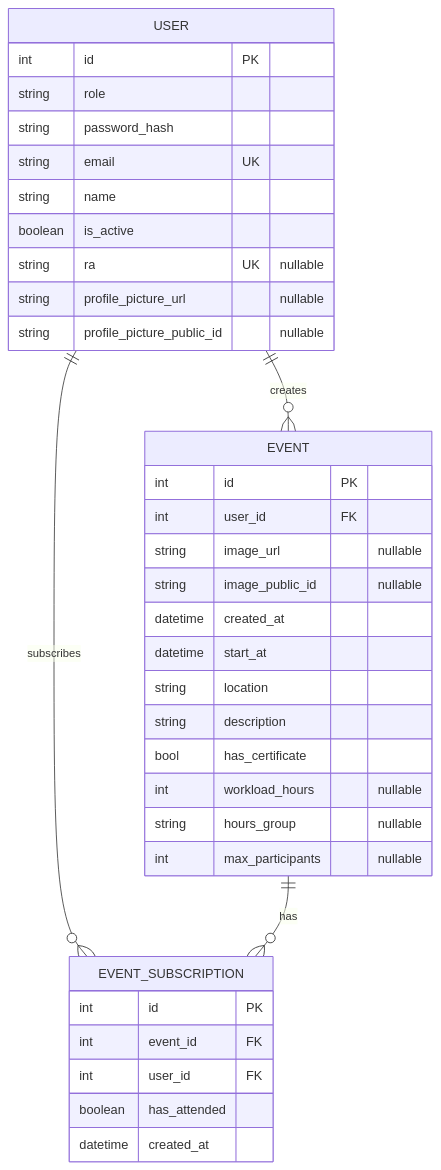
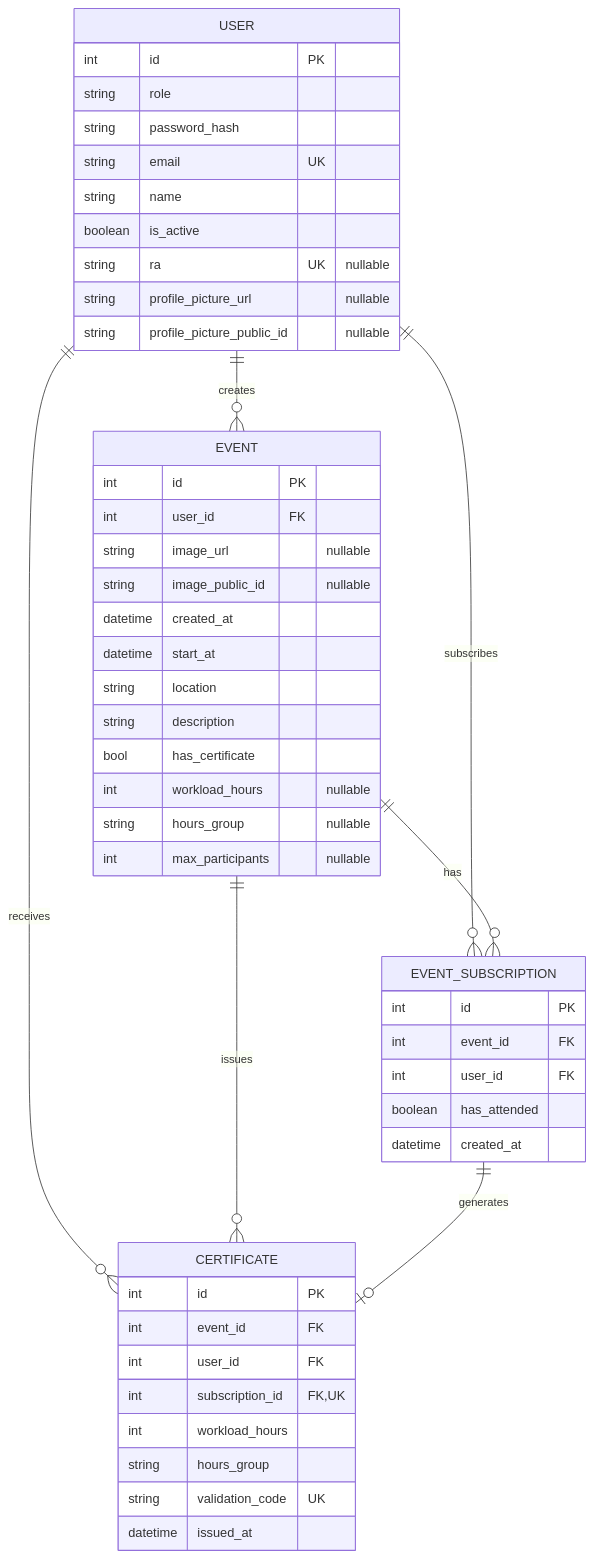
The diagram in database/docs/erd.md (Campus-Cultural-2/Backend), drawn with Mermaid before and after one commit. The commit also changed other lines of this file and 5 other files, not shown here.

````diff
--- a/database/docs/erd.md
+++ b/database/docs/erd.md
@@ -16,41 +17,55 @@
 ```mermaid
 erDiagram
     USER ||--o{ EVENT : creates
     USER ||--o{ EVENT_SUBSCRIPTION : subscribes
     EVENT ||--o{ EVENT_SUBSCRIPTION : has
+    USER ||--o{ CERTIFICATE : receives
+    EVENT ||--o{ CERTIFICATE : issues
+    EVENT_SUBSCRIPTION ||--o| CERTIFICATE : generates
 
     USER {
         int id PK
         string role
         string password_hash
         string email UK
         string name
         boolean is_active
         string ra UK "nullable"
         string profile_picture_url "nullable"
         string profile_picture_public_id "nullable"
     }
 
     EVENT {
         int id PK
         int user_id FK
         string image_url "nullable"
         string image_public_id "nullable"
         datetime created_at
         datetime start_at
         string location
         string description
         bool has_certificate
         int workload_hours "nullable"
         string hours_group "nullable"
         int max_participants "nullable"
     }
 
     EVENT_SUBSCRIPTION {
         int id PK
         int event_id FK
         int user_id FK
         boolean has_attended
         datetime created_at
     }
+
+    CERTIFICATE {
+        int id PK
+        int event_id FK
+        int user_id FK
+        int subscription_id FK, UK
+        int workload_hours
+        string hours_group
+        string validation_code UK
+        datetime issued_at
+    }
 ```
````
